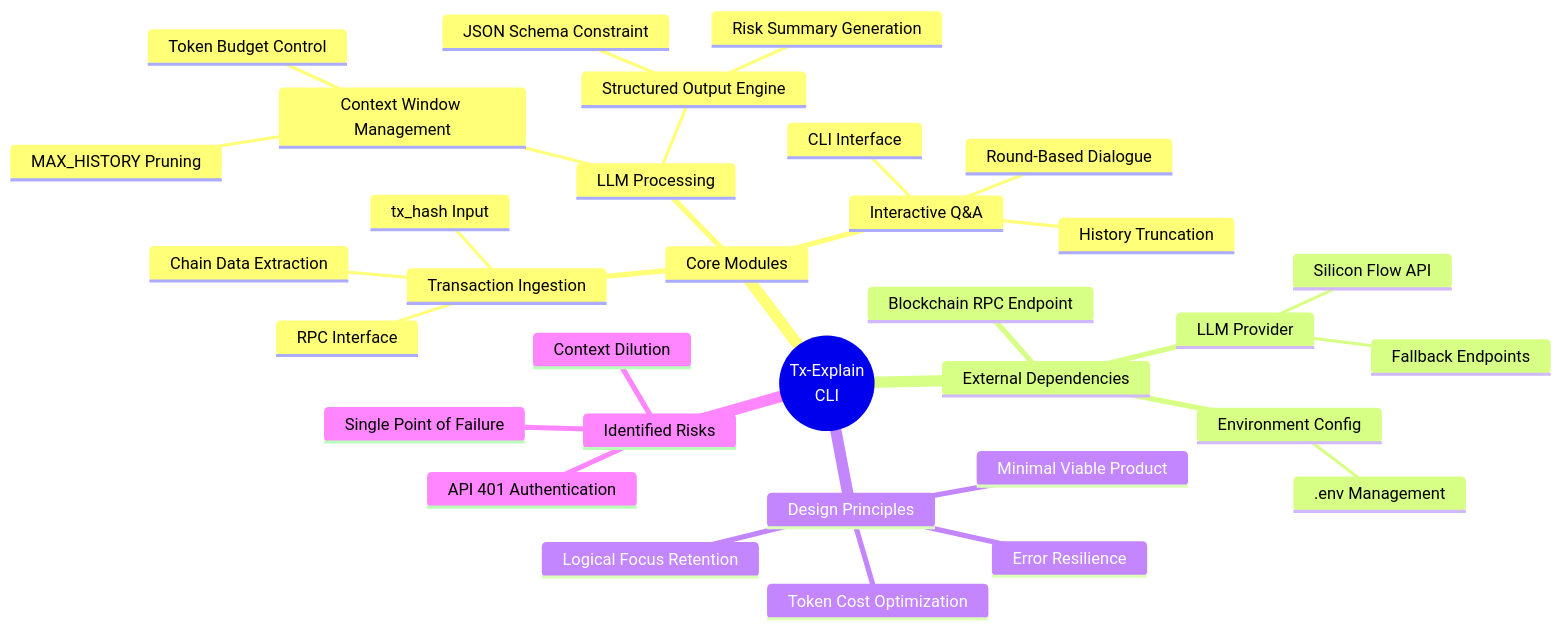
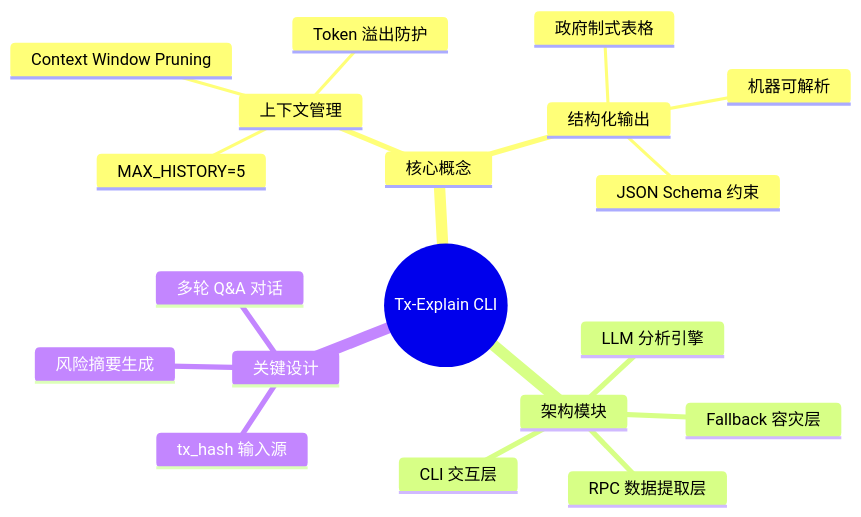
The fifth of 15 diagrams in notes/Minami-Bein.md (IntensiveCoLearning/AI-Web3-School), drawn with Mermaid before and after one commit. The commit also changed other lines of this file, not shown here.

````diff
--- a/notes/Minami-Bein.md
+++ b/notes/Minami-Bein.md
@@ -742,37 +795,22 @@
 ```mermaid
 mindmap
-  root((Tx-Explain
-  CLI))
-    Core Modules
-      Transaction Ingestion
-        tx_hash Input
-        RPC Interface
-        Chain Data Extraction
-      LLM Processing
-        Context Window Management
-          MAX_HISTORY Pruning
-          Token Budget Control
-        Structured Output Engine
-          JSON Schema Constraint
-          Risk Summary Generation
-      Interactive Q&A
-        CLI Interface
-        Round-Based Dialogue
-        History Truncation
-    External Dependencies
-      Blockchain RPC Endpoint
-      LLM Provider
-        Silicon Flow API
-        Fallback Endpoints
-      Environment Config
-        .env Management
-    Design Principles
-      Minimal Viable Product
-      Token Cost Optimization
-      Logical Focus Retention
-      Error Resilience
-    Identified Risks
-      API 401 Authentication
-      Single Point of Failure
-      Context Dilution
+  root((Tx-Explain CLI))
+    核心概念
+      上下文管理
+        Context Window Pruning
+        MAX_HISTORY=5
+        Token 溢出防护
+      结构化输出
+        JSON Schema 约束
+        机器可解析
+        政府制式表格
+    架构模块
+      RPC 数据提取层
+      LLM 分析引擎
+      CLI 交互层
+      Fallback 容灾层
+    关键设计
+      tx_hash 输入源
+      风险摘要生成
+      多轮 Q&A 对话
 ```
````
